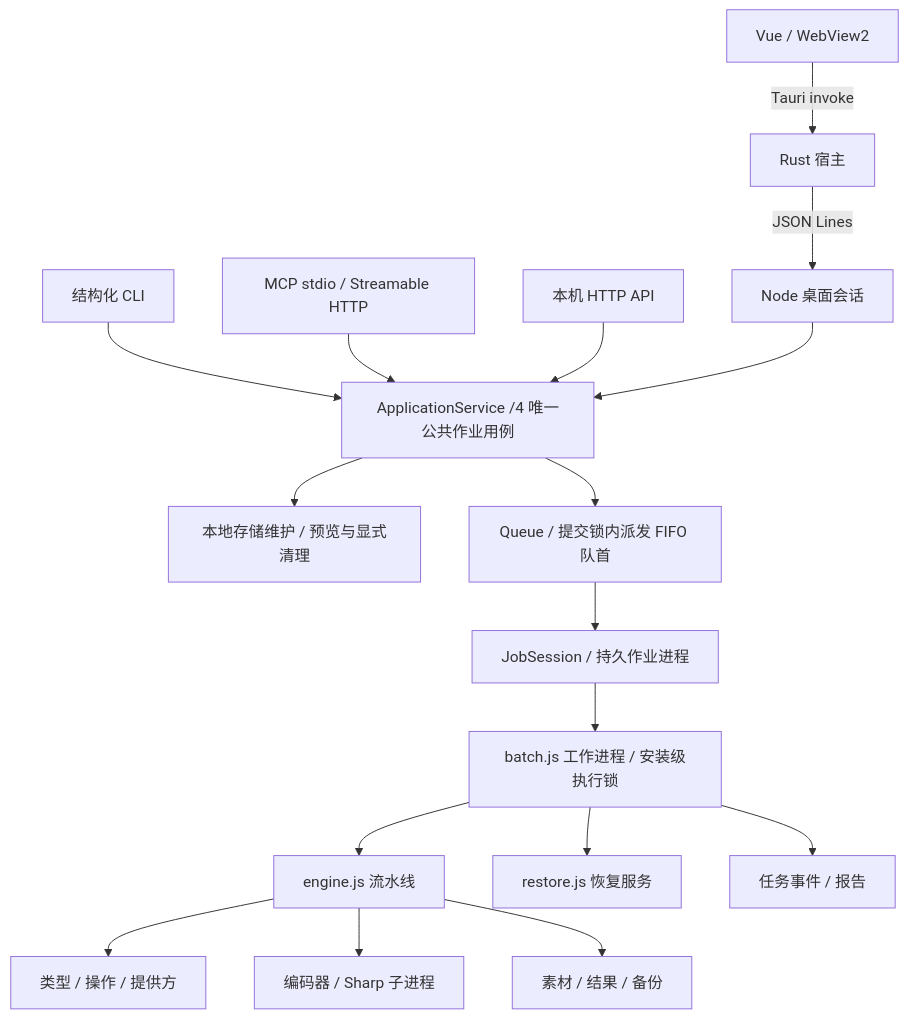
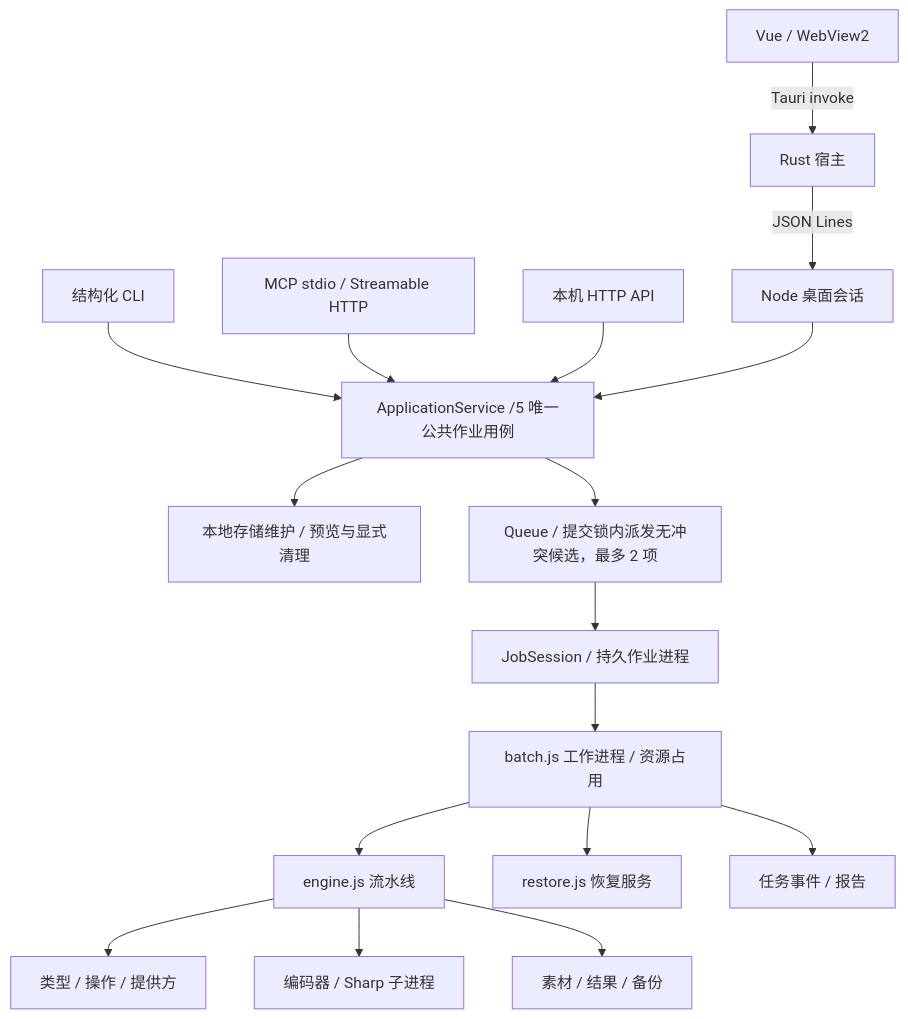
The diagram in docs/architecture/overview.md (ISQIShI/AssetToolbox), drawn with Mermaid before and after one commit. The commit also changed other lines of this file and 47 other files, not shown here.

````diff
--- a/docs/architecture/overview.md
+++ b/docs/architecture/overview.md
@@ -7,19 +7,19 @@
 ```mermaid
 flowchart TD
     UI[Vue / WebView2] -->|Tauri invoke| Host[Rust 宿主]
     Host -->|JSON Lines| Bridge[Node 桌面会话]
-    CLI[结构化 CLI] --> Application[ApplicationService /4 唯一公共作业用例]
+    CLI[结构化 CLI] --> Application[ApplicationService /5 唯一公共作业用例]
     MCP[MCP stdio / Streamable HTTP] --> Application
     HTTP[本机 HTTP API] --> Application
     Bridge --> Application
     Application --> Storage[本地存储维护 / 预览与显式清理]
-    Application --> Queue[Queue / 提交锁内派发 FIFO 队首]
+    Application --> Queue[Queue / 提交锁内派发无冲突候选，最多 2 项]
     Queue --> Session[JobSession / 持久作业进程]
-    Session --> Worker[batch.js 工作进程 / 安装级执行锁]
+    Session --> Worker[batch.js 工作进程 / 资源占用]
     Worker --> Engine[engine.js 流水线]
     Engine --> Catalog[类型 / 操作 / 提供方]
     Engine --> Tool[编码器 / Sharp 子进程]
     Worker --> Restore[restore.js 恢复服务]
     Worker --> Data[任务事件 / 报告]
     Engine --> Files[素材 / 结果 / 备份]
 ```
````
